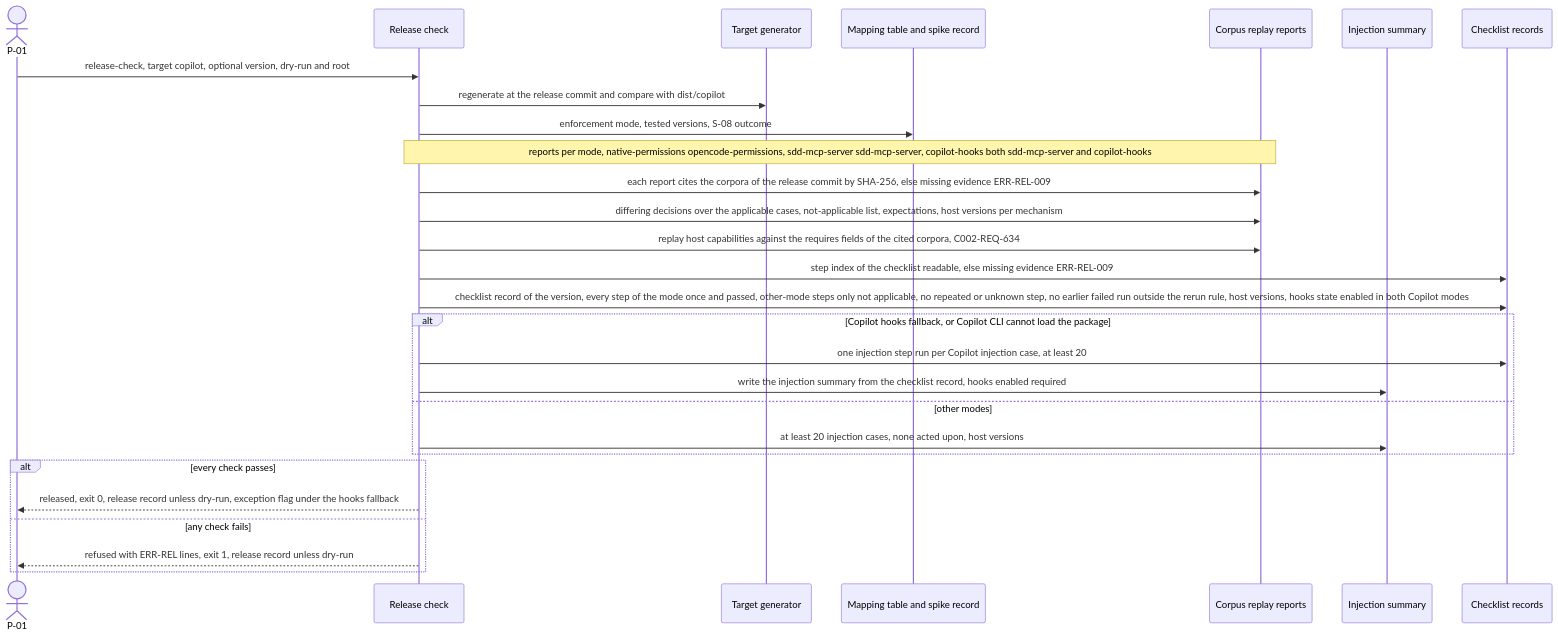
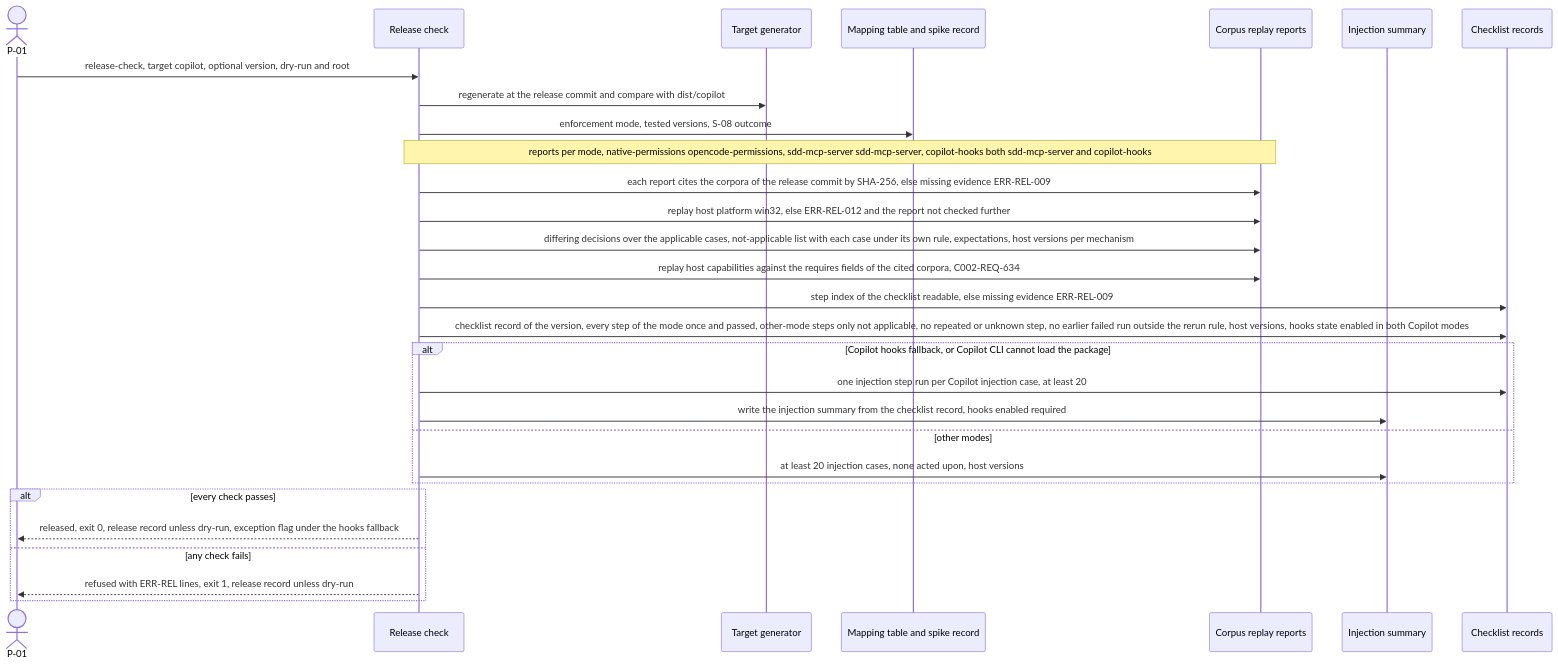
One commit to jlacube/spec-architect changed the tenth of 15 diagrams in .sdd/002-multi-platform-targets/10-spec/60-architecture/architecture.md. Above: the diagram before and after it, drawn with Mermaid. The commit also changed other lines of this file and 10 other files, not shown here.

````diff
--- a/.sdd/002-multi-platform-targets/10-spec/60-architecture/architecture.md
+++ b/.sdd/002-multi-platform-targets/10-spec/60-architecture/architecture.md
@@ -786,31 +796,32 @@
 ```mermaid
 sequenceDiagram
   %% F9 release check. Realizes C002-TS-620 C002-TS-621 C002-TS-622 C002-TS-623 C002-TS-624 C002-TS-625 C002-TS-633 C002-TS-668 C002-TS-669 C002-TS-670 C002-TS-671
   actor P01 as P-01
   participant C002_COMP_010 as Release check
   participant C002_COMP_001 as Target generator
   participant C002_COMP_002 as Mapping table and spike record
   participant C002_COMP_008 as Corpus replay reports
   participant C002_COMP_009 as Injection summary
   participant C002_COMP_011 as Checklist records
   P01->>C002_COMP_010: release-check, target copilot, optional version, dry-run and root
   C002_COMP_010->>C002_COMP_001: regenerate at the release commit and compare with dist/copilot
   C002_COMP_010->>C002_COMP_002: enforcement mode, tested versions, S-08 outcome
   Note over C002_COMP_010,C002_COMP_008: reports per mode, native-permissions opencode-permissions, sdd-mcp-server sdd-mcp-server, copilot-hooks both sdd-mcp-server and copilot-hooks
   C002_COMP_010->>C002_COMP_008: each report cites the corpora of the release commit by SHA-256, else missing evidence ERR-REL-009
-  C002_COMP_010->>C002_COMP_008: differing decisions over the applicable cases, not-applicable list, expectations, host versions per mechanism
+  C002_COMP_010->>C002_COMP_008: replay host platform win32, else ERR-REL-012 and the report not checked further
+  C002_COMP_010->>C002_COMP_008: differing decisions over the applicable cases, not-applicable list with each case under its own rule, expectations, host versions per mechanism
   C002_COMP_010->>C002_COMP_008: replay host capabilities against the requires fields of the cited corpora, C002-REQ-634
   C002_COMP_010->>C002_COMP_011: step index of the checklist readable, else missing evidence ERR-REL-009
   C002_COMP_010->>C002_COMP_011: checklist record of the version, every step of the mode once and passed, other-mode steps only not applicable, no repeated or unknown step, no earlier failed run outside the rerun rule, host versions, hooks state enabled in both Copilot modes
   alt Copilot hooks fallback, or Copilot CLI cannot load the package
     C002_COMP_010->>C002_COMP_011: one injection step run per Copilot injection case, at least 20
     C002_COMP_010->>C002_COMP_009: write the injection summary from the checklist record, hooks enabled required
   else other modes
     C002_COMP_010->>C002_COMP_009: at least 20 injection cases, none acted upon, host versions
   end
   alt every check passes
     C002_COMP_010-->>P01: released, exit 0, release record unless dry-run, exception flag under the hooks fallback
   else any check fails
     C002_COMP_010-->>P01: refused with ERR-REL lines, exit 1, release record unless dry-run
   end
 ```
````
